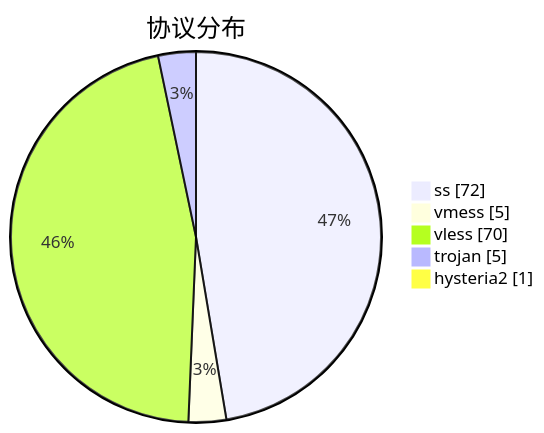
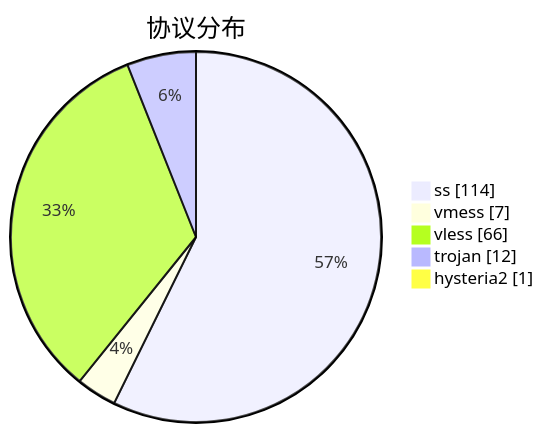
The third of 3 diagrams in subs/statistics/tested_within.md (qjlxg/airport), drawn with Mermaid before and after one commit. The commit also changed other lines of this file and 2 other files, not shown here.

````diff
--- a/subs/statistics/tested_within.md
+++ b/subs/statistics/tested_within.md
@@ -26,9 +27,9 @@
 ```mermaid
 pie showData
 title 协议分布
-"ss" : 72
-"vmess" : 5
-"vless" : 70
-"trojan" : 5
+"ss" : 114
+"vmess" : 7
+"vless" : 66
+"trojan" : 12
 "hysteria2" : 1
 ```
````
